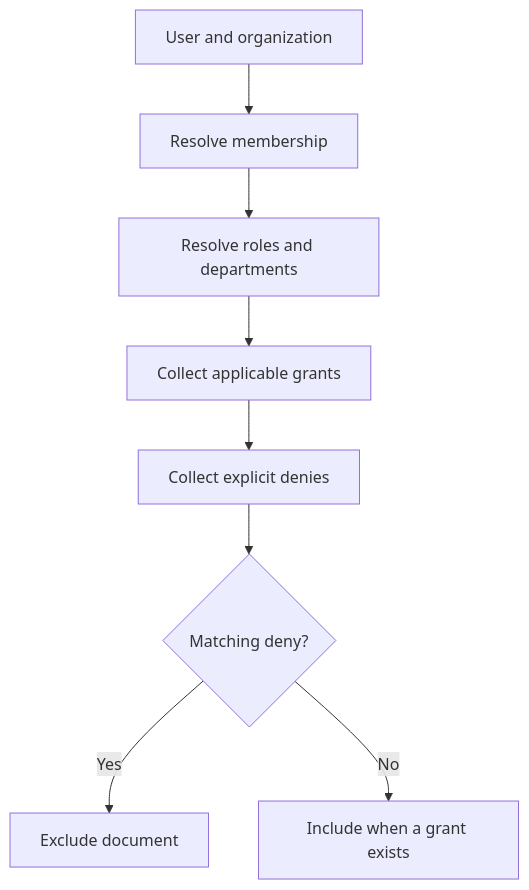
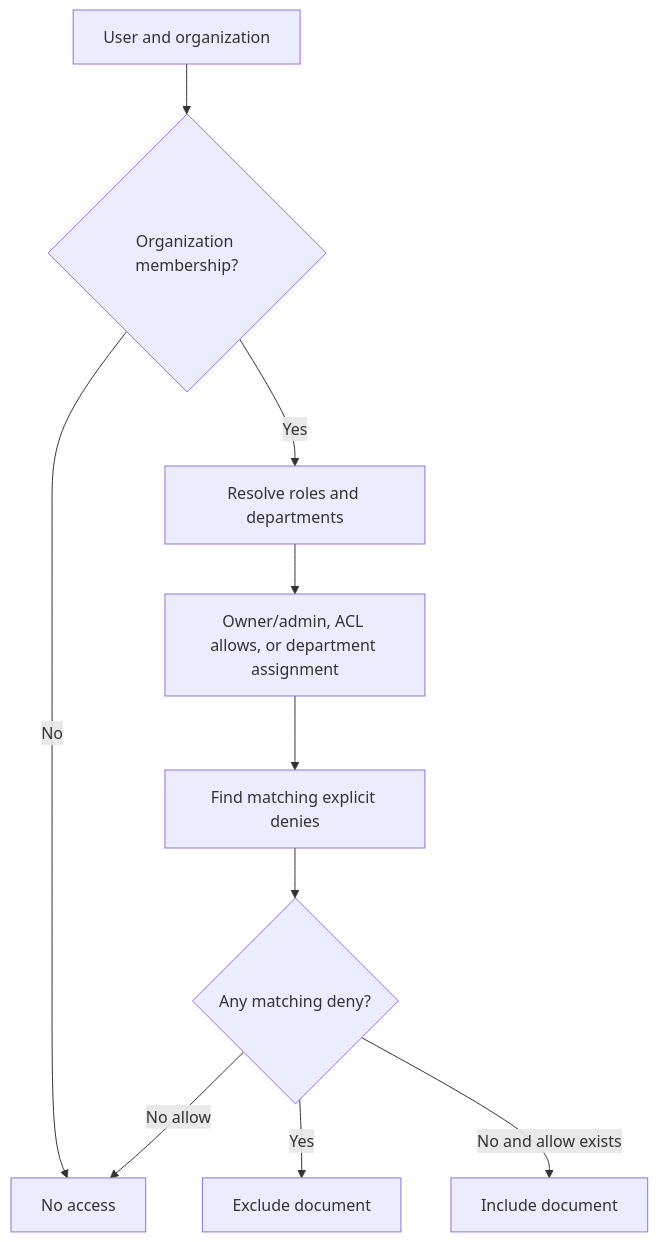
The diagram in docs/07-authorization.md (aasifmiya11/SaviraCortex-v0.1-Backend), drawn with Mermaid before and after one commit. The commit also changed other lines of this file and 24 other files, not shown here.

````diff
--- a/docs/07-authorization.md
+++ b/docs/07-authorization.md
@@ -11,10 +19,12 @@
 ```mermaid
 flowchart TD
- A[User and organization] --> B[Resolve membership]
- B --> C[Resolve roles and departments]
- C --> D[Collect applicable grants]
- D --> E[Collect explicit denies]
- E --> F{Matching deny?}
+ A[User and organization] --> B{Organization membership?}
+ B -->|No| X[No access]
+ B -->|Yes| C[Resolve roles and departments]
+ C --> D[Owner/admin, ACL allows, or department assignment]
+ D --> E[Find matching explicit denies]
+ E --> F{Any matching deny?}
  F -->|Yes| G[Exclude document]
- F -->|No| H[Include when a grant exists]
+ F -->|No and allow exists| H[Include document]
+ F -->|No allow| X
 ```
````
